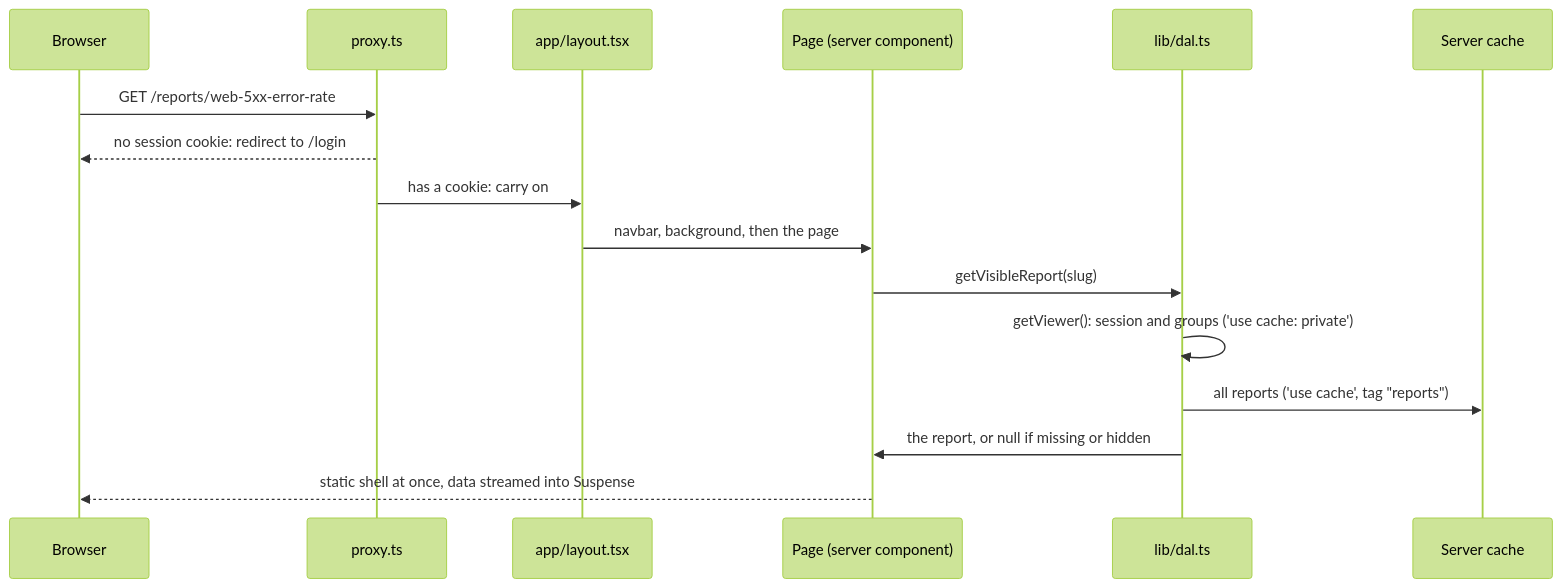
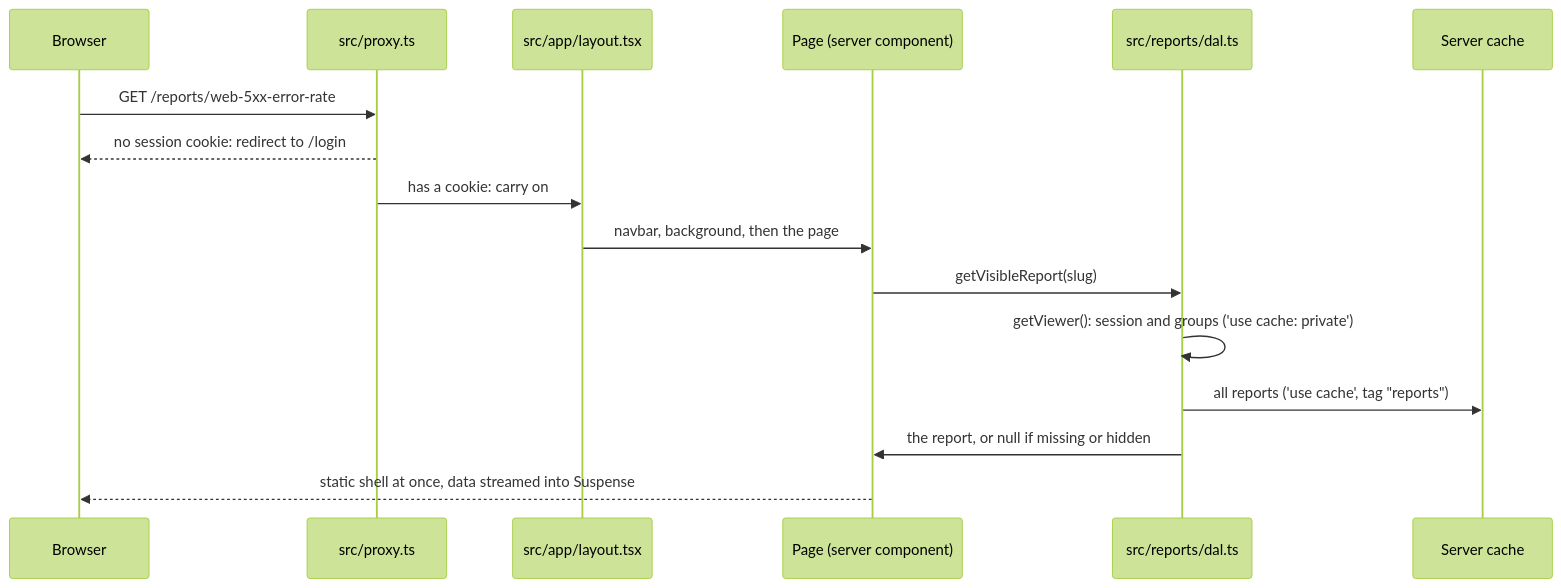
One commit to trcpoet/splunk-report-ai changed the fourth of 6 diagrams in docs/architecture.md. Above: the diagram before and after it, drawn with Mermaid (forest theme). The commit also changed other lines of this file and 342 other files, not shown here.

First line of the commit message:
Move the app's code into src/, one folder per part of the app

````diff
--- a/docs/architecture.md
+++ b/docs/architecture.md
@@ -127,19 +127,19 @@
 ```mermaid
 sequenceDiagram
     participant B as Browser
-    participant P as proxy.ts
-    participant L as app/layout.tsx
+    participant P as src/proxy.ts
+    participant L as src/app/layout.tsx
     participant G as Page (server component)
-    participant D as lib/dal.ts
+    participant D as src/reports/dal.ts
     participant C as Server cache
 
     B->>P: GET /reports/web-5xx-error-rate
     P-->>B: no session cookie: redirect to /login
     P->>L: has a cookie: carry on
     L->>G: navbar, background, then the page
     G->>D: getVisibleReport(slug)
     D->>D: getViewer(): session and groups ('use cache: private')
     D->>C: all reports ('use cache', tag "reports")
     D->>G: the report, or null if missing or hidden
     G-->>B: static shell at once, data streamed into Suspense
 ```
````
